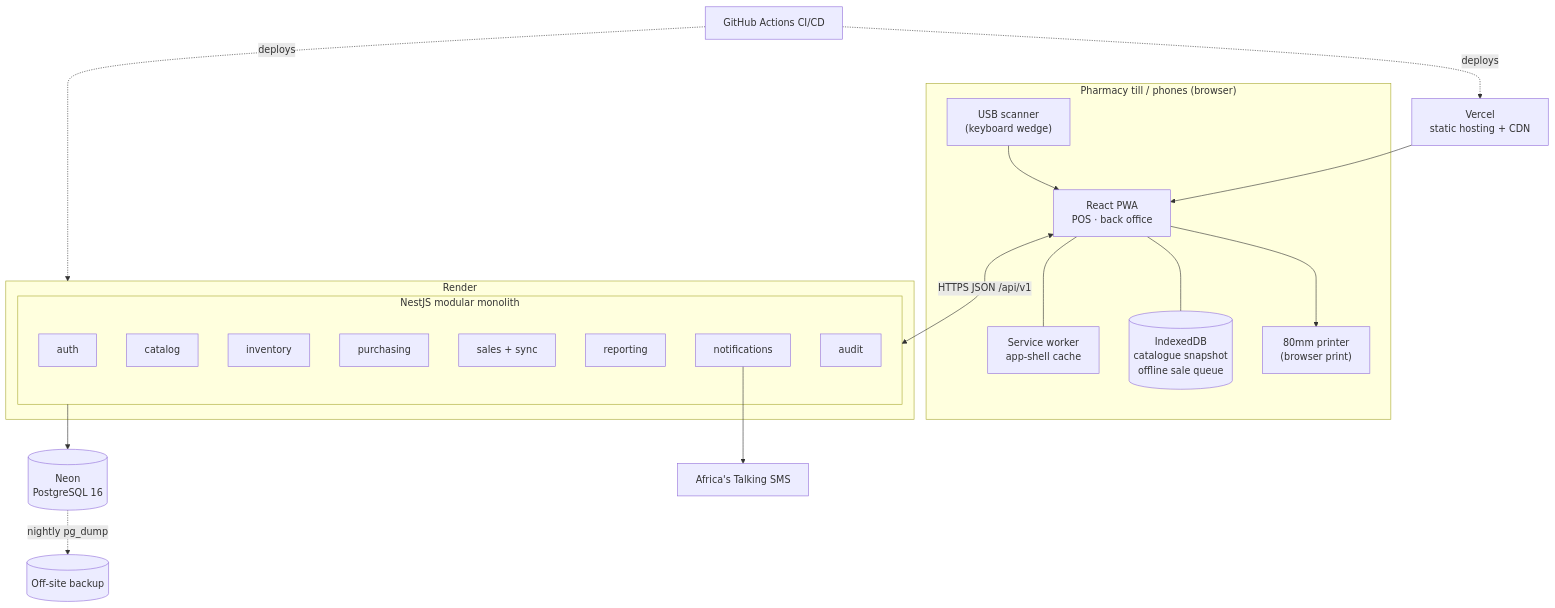
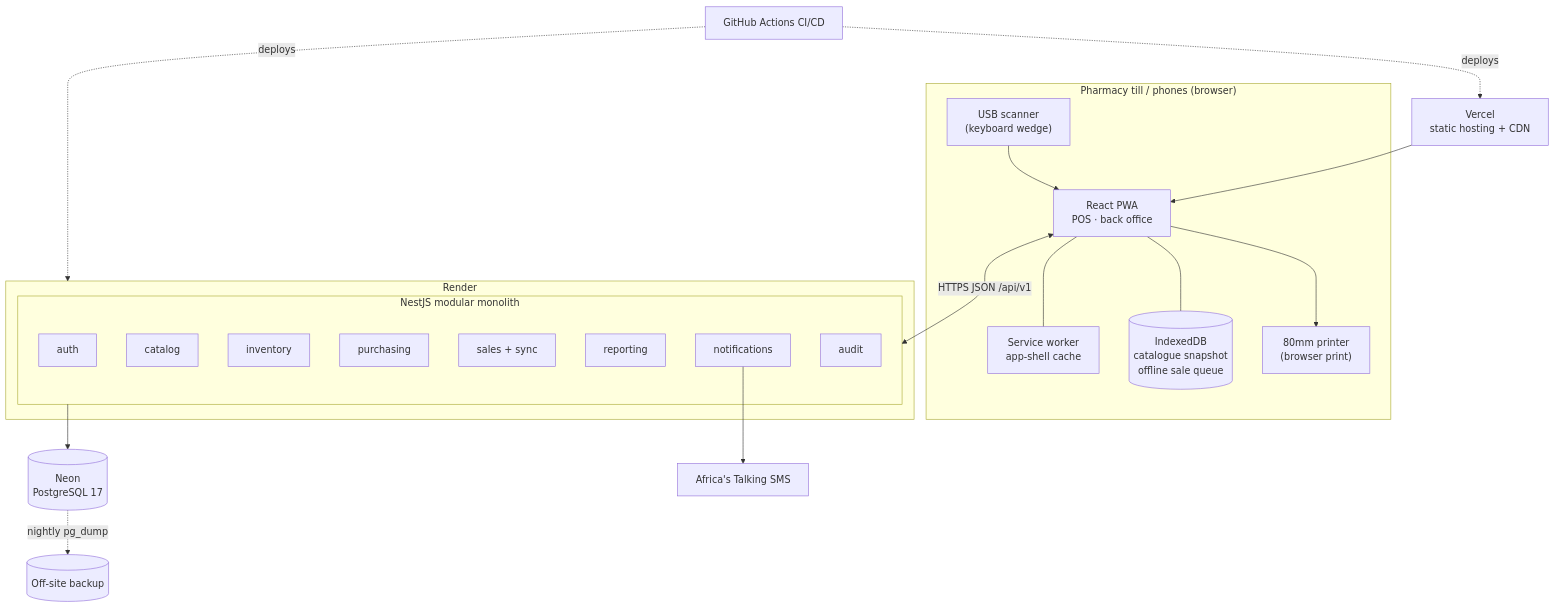
Before and after one commit to Kemoko1111/pharmacy-ims: the eighth of 12 diagrams in docs/analysis-models.md, drawn with Mermaid. The commit also changed 9 other files, not shown here.

````diff
--- a/docs/analysis-models.md
+++ b/docs/analysis-models.md
@@ -250,28 +250,28 @@
 ```mermaid
 flowchart TB
     subgraph till["Pharmacy till / phones (browser)"]
         PWA["React PWA<br/>POS · back office"]
         SW["Service worker<br/>app-shell cache"]
         IDB[("IndexedDB<br/>catalogue snapshot<br/>offline sale queue")]
         SCAN["USB scanner<br/>(keyboard wedge)"] --> PWA
         PRN["80mm printer<br/>(browser print)"]
         PWA --- SW
         PWA --- IDB
         PWA --> PRN
     end
 
     subgraph render["Render"]
         subgraph api["NestJS modular monolith"]
             AUTH[auth] ; CAT[catalog] ; INVM[inventory] ; PUR[purchasing]
             SAL["sales + sync"] ; REP[reporting] ; NOT[notifications] ; AUD[audit]
         end
     end
-    PG[("Neon<br/>PostgreSQL 16")]
+    PG[("Neon<br/>PostgreSQL 17")]
     api --> PG
 
     VER["Vercel<br/>static hosting + CDN"] --> PWA
     PWA <-->|"HTTPS JSON /api/v1"| api
     NOT --> AT["Africa's Talking SMS"]
     PG -.nightly pg_dump.-> BK[("Off-site backup")]
     GH["GitHub Actions CI/CD"] -.deploys.-> VER & render
 ```
````
